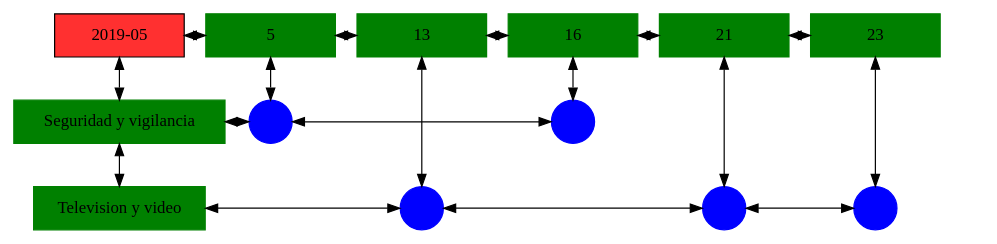
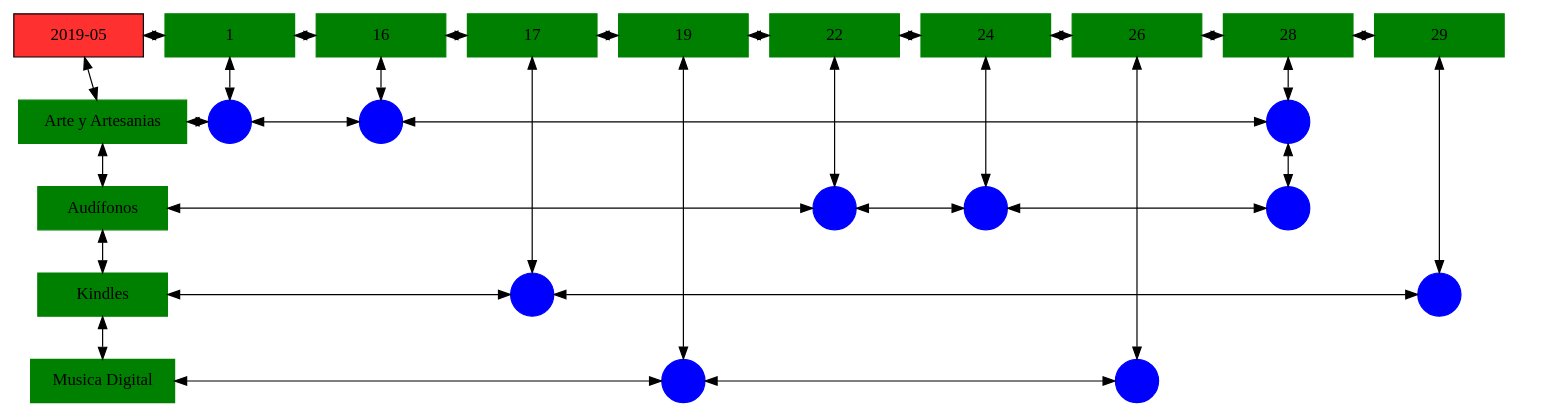
One commit to EDD20S2-201807435/EDD_VirtualMall_201807435 changed the diagram in Servidor/src/2019-05/2019-05.dot. Above: the diagram before and after it, drawn with Graphviz. The commit also changed 641 other files, not shown here.

```diff
--- a/Servidor/src/2019-05/2019-05.dot
+++ b/Servidor/src/2019-05/2019-05.dot
@@ -1,45 +1,81 @@
 digraph G{
 node[shape="box"];
 nodeMt[ label = "2019-05", width = 1.5, style = filled, fillcolor = firebrick1, group = 1 ];
 e0[ shape = point, width = 0 ];
 e1[ shape = point, width = 0 ];
-node0xc0000ac5f0[label="5",color=green,style =filled,width = 1.5 group=5];
-nodeMt->node0xc0000ac5f0[dir="both"];
-{rank=same;nodeMt;node0xc0000ac5f0;}
-node0xc0000ac960[label="13",color=green,style =filled,width = 1.5 group=13];
-node0xc0000ac5f0->node0xc0000ac960[dir="both"];
-{rank=same;node0xc0000ac5f0;node0xc0000ac960;}
-node0xc0000acaf0[label="16",color=green,style =filled,width = 1.5 group=16];
-node0xc0000ac960->node0xc0000acaf0[dir="both"];
-{rank=same;node0xc0000ac960;node0xc0000acaf0;}
-node0xc0000ac500[label="21",color=green,style =filled,width = 1.5 group=21];
-node0xc0000acaf0->node0xc0000ac500[dir="both"];
-{rank=same;node0xc0000acaf0;node0xc0000ac500;}
-node0xc0000acb90[label="23",color=green,style =filled,width = 1.5 group=23];
-node0xc0000ac500->node0xc0000acb90[dir="both"];
-{rank=same;node0xc0000ac500;node0xc0000acb90;}
-node0xc0000ac5a0[label="Seguridad y vigilancia",color=green,style =filled width = 1.5 group=1];
-node0xc0000be680[label="",color=blue,style =filled, width = 0.5 group=5 shape=circle];
-node0xc0000ac5a0->node0xc0000be680[dir="both"];
-{rank=same;node0xc0000ac5a0;node0xc0000be680;}
-node0xc0000be980[label="",color=blue,style =filled, width = 0.5 group=16 shape=circle];
-node0xc0000be680->node0xc0000be980[dir="both"];
-{rank=same;node0xc0000be980;node0xc0000be680;}
-node0xc0000ac4b0[label="Television y video",color=green,style =filled width = 1.5 group=1];
-node0xc0000be880[label="",color=blue,style =filled, width = 0.5 group=13 shape=circle];
-node0xc0000ac4b0->node0xc0000be880[dir="both"];
-{rank=same;node0xc0000ac4b0;node0xc0000be880;}
-node0xc0000be600[label="",color=blue,style =filled, width = 0.5 group=21 shape=circle];
-node0xc0000be880->node0xc0000be600[dir="both"];
-{rank=same;node0xc0000be600;node0xc0000be880;}
-node0xc0000bea00[label="",color=blue,style =filled, width = 0.5 group=23 shape=circle];
-node0xc0000be600->node0xc0000bea00[dir="both"];
-{rank=same;node0xc0000bea00;node0xc0000be600;}
-node0xc0000ac5f0->node0xc0000be680[dir="both"];
-node0xc0000ac960->node0xc0000be880[dir="both"];
-node0xc0000acaf0->node0xc0000be980[dir="both"];
-node0xc0000ac500->node0xc0000be600[dir="both"];
-node0xc0000acb90->node0xc0000bea00[dir="both"];
-nodeMt->node0xc0000ac5a0[dir="both"];
-node0xc0000ac5a0->node0xc0000ac4b0[dir="both"];
+node0xc0022945f0[label="1",color=green,style =filled,width = 1.5 group=1];
+nodeMt->node0xc0022945f0[dir="both"];
+{rank=same;nodeMt;node0xc0022945f0;}
+node0xc001e96b40[label="16",color=green,style =filled,width = 1.5 group=16];
+node0xc0022945f0->node0xc001e96b40[dir="both"];
+{rank=same;node0xc0022945f0;node0xc001e96b40;}
+node0xc001f2c550[label="17",color=green,style =filled,width = 1.5 group=17];
+node0xc001e96b40->node0xc001f2c550[dir="both"];
+{rank=same;node0xc001e96b40;node0xc001f2c550;}
+node0xc002118d70[label="19",color=green,style =filled,width = 1.5 group=19];
+node0xc001f2c550->node0xc002118d70[dir="both"];
+{rank=same;node0xc001f2c550;node0xc002118d70;}
+node0xc001e54320[label="22",color=green,style =filled,width = 1.5 group=22];
+node0xc002118d70->node0xc001e54320[dir="both"];
+{rank=same;node0xc002118d70;node0xc001e54320;}
+node0xc001f22eb0[label="24",color=green,style =filled,width = 1.5 group=24];
+node0xc001e54320->node0xc001f22eb0[dir="both"];
+{rank=same;node0xc001e54320;node0xc001f22eb0;}
+node0xc0021db540[label="26",color=green,style =filled,width = 1.5 group=26];
+node0xc001f22eb0->node0xc0021db540[dir="both"];
+{rank=same;node0xc001f22eb0;node0xc0021db540;}
+node0xc00200f590[label="28",color=green,style =filled,width = 1.5 group=28];
+node0xc0021db540->node0xc00200f590[dir="both"];
+{rank=same;node0xc0021db540;node0xc00200f590;}
+node0xc001e81bd0[label="29",color=green,style =filled,width = 1.5 group=29];
+node0xc00200f590->node0xc001e81bd0[dir="both"];
+{rank=same;node0xc00200f590;node0xc001e81bd0;}
+node0xc001e96af0[label="Arte y Artesanias",color=green,style =filled width = 1.5 group=1];
+node0xc002298000[label="",color=blue,style =filled, width = 0.5 group=1 shape=circle];
+node0xc001e96af0->node0xc002298000[dir="both"];
+{rank=same;node0xc001e96af0;node0xc002298000;}
+node0xc001e8b500[label="",color=blue,style =filled, width = 0.5 group=16 shape=circle];
+node0xc002298000->node0xc001e8b500[dir="both"];
+{rank=same;node0xc001e8b500;node0xc002298000;}
+node0xc002156280[label="",color=blue,style =filled, width = 0.5 group=28 shape=circle];
+node0xc001e8b500->node0xc002156280[dir="both"];
+{rank=same;node0xc002156280;node0xc001e8b500;}
+node0xc001e542d0[label="Audífonos",color=green,style =filled width = 1.5 group=1];
+node0xc001e45580[label="",color=blue,style =filled, width = 0.5 group=22 shape=circle];
+node0xc001e542d0->node0xc001e45580[dir="both"];
+{rank=same;node0xc001e542d0;node0xc001e45580;}
+node0xc001f13980[label="",color=blue,style =filled, width = 0.5 group=24 shape=circle];
+node0xc001e45580->node0xc001f13980[dir="both"];
+{rank=same;node0xc001f13980;node0xc001e45580;}
+node0xc00200d680[label="",color=blue,style =filled, width = 0.5 group=28 shape=circle];
+node0xc001f13980->node0xc00200d680[dir="both"];
+{rank=same;node0xc00200d680;node0xc001f13980;}
+node0xc001e81b80[label="Kindles",color=green,style =filled width = 1.5 group=1];
+node0xc001f28880[label="",color=blue,style =filled, width = 0.5 group=17 shape=circle];
+node0xc001e81b80->node0xc001f28880[dir="both"];
+{rank=same;node0xc001e81b80;node0xc001f28880;}
+node0xc0022f1c00[label="",color=blue,style =filled, width = 0.5 group=29 shape=circle];
+node0xc001f28880->node0xc0022f1c00[dir="both"];
+{rank=same;node0xc0022f1c00;node0xc001f28880;}
+node0xc002118d20[label="Musica Digital",color=green,style =filled width = 1.5 group=1];
+node0xc002114c00[label="",color=blue,style =filled, width = 0.5 group=19 shape=circle];
+node0xc002118d20->node0xc002114c00[dir="both"];
+{rank=same;node0xc002118d20;node0xc002114c00;}
+node0xc0021d7780[label="",color=blue,style =filled, width = 0.5 group=26 shape=circle];
+node0xc002114c00->node0xc0021d7780[dir="both"];
+{rank=same;node0xc0021d7780;node0xc002114c00;}
+node0xc0022945f0->node0xc002298000[dir="both"];
+node0xc001e96b40->node0xc001e8b500[dir="both"];
+node0xc001f2c550->node0xc001f28880[dir="both"];
+node0xc002118d70->node0xc002114c00[dir="both"];
+node0xc001e54320->node0xc001e45580[dir="both"];
+node0xc001f22eb0->node0xc001f13980[dir="both"];
+node0xc0021db540->node0xc0021d7780[dir="both"];
+node0xc00200f590->node0xc002156280[dir="both"];
+node0xc002156280->node0xc00200d680[dir="both"];
+node0xc001e81bd0->node0xc0022f1c00[dir="both"];
+nodeMt->node0xc001e96af0[dir="both"];
+node0xc001e96af0->node0xc001e542d0[dir="both"];
+node0xc001e542d0->node0xc001e81b80[dir="both"];
+node0xc001e81b80->node0xc002118d20[dir="both"];
 }
```
